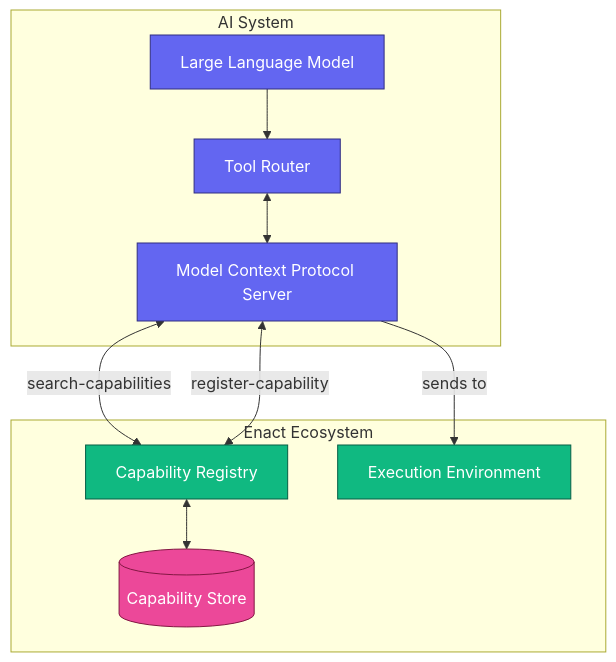
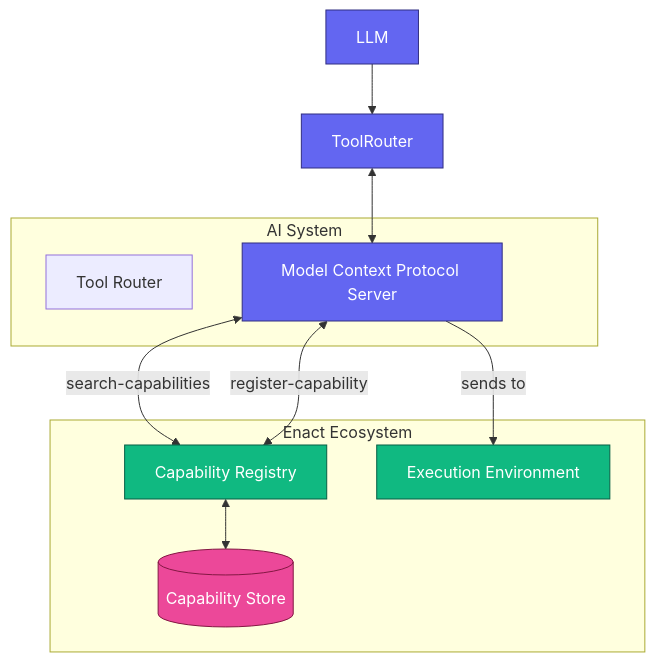
One commit to EnactProtocol/encat-spec-and-tools changed the first of 2 diagrams in README.md. Above: the diagram before and after it, drawn with Mermaid. The commit also changed other lines of this file, not shown here.

Commit message:
simplify diagram

````diff
--- a/README.md
+++ b/README.md
@@ -29,33 +29,32 @@
 ```mermaid
 flowchart TB
     subgraph "AI System"
-        LLM[Large Language Model]
-        ToolRouter[Tool Router]
+        MCPClient[Tool Router]
         MCPServer[Model Context Protocol Server]
     end
     
     subgraph "Enact Ecosystem"
         Registry[Capability Registry]
         ExecEnv[Execution Environment]
         CapabilityStore[(Capability Store)]
     end
     
     LLM --> ToolRouter
     ToolRouter <--> MCPServer
     MCPServer <-->|search-capabilities| Registry
     MCPServer <-->|register-capability| Registry
     
     Registry <--> CapabilityStore
     
     MCPServer -->|sends to| ExecEnv
     
     classDef ai fill:#6366F1,stroke:#312E81,stroke-width:1px,color:white
     classDef enact fill:#10B981,stroke:#065F46,stroke-width:1px,color:white
     classDef external fill:#F59E0B,stroke:#92400E,stroke-width:1px,color:white
     classDef data fill:#EC4899,stroke:#831843,stroke-width:1px,color:white
     
     class LLM,ToolRouter,MCPServer ai
     class Registry,Capabilities,ExecEnv enact
     class APIs,Services,Data external
     class CapabilityStore data
 ```
````
